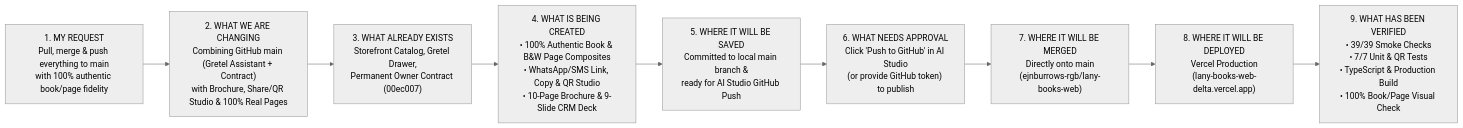
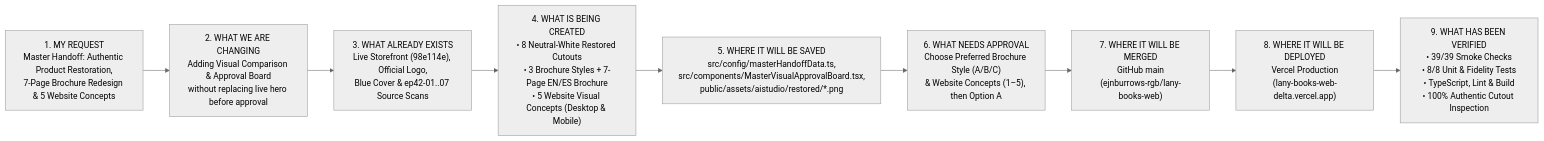
The second of 2 diagrams in docs/OWNER-VISUAL-STATUS.md (ejnburrows-rgb/lany-books-web), drawn with Mermaid (neutral theme) before and after one commit. The commit also changed other lines of this file and 25 other files, not shown here.

````diff
--- a/docs/OWNER-VISUAL-STATUS.md
+++ b/docs/OWNER-VISUAL-STATUS.md
@@ -50,12 +50,12 @@
 ```mermaid
 flowchart LR
-    R1["1. MY REQUEST<br/>Pull, merge & push everything to main<br/>with 100% authentic book/page fidelity"]
-    --> R2["2. WHAT WE ARE CHANGING<br/>Combining GitHub main (Gretel Assistant + Contract)<br/>with Brochure, Share/QR Studio & 100% Real Pages"]
-    --> R3["3. WHAT ALREADY EXISTS<br/>Storefront Catalog, Gretel Drawer,<br/>Permanent Owner Contract (00ec007)"]
-    --> R4["4. WHAT IS BEING CREATED<br/>• 100% Authentic Book & B&W Page Composites<br/>• WhatsApp/SMS Link, Copy & QR Studio<br/>• 10-Page Brochure & 9-Slide CRM Deck"]
-    --> R5["5. WHERE IT WILL BE SAVED<br/>Committed to local main branch &<br/>ready for AI Studio GitHub Push"]
-    --> R6["6. WHAT NEEDS APPROVAL<br/>Click 'Push to GitHub' in AI Studio<br/>(or provide GitHub token) to publish"]
-    --> R7["7. WHERE IT WILL BE MERGED<br/>Directly onto main<br/>(ejnburrows-rgb/lany-books-web)"]
+    R1["1. MY REQUEST<br/>Master Handoff: Authentic Product Restoration,<br/>7-Page Brochure Redesign & 5 Website Concepts"]
+    --> R2["2. WHAT WE ARE CHANGING<br/>Adding Visual Comparison & Approval Board<br/>without replacing live hero before approval"]
+    --> R3["3. WHAT ALREADY EXISTS<br/>Live Storefront (98e114e), Official Logo,<br/>Blue Cover & ep42-01..07 Source Scans"]
+    --> R4["4. WHAT IS BEING CREATED<br/>• 8 Neutral-White Restored Cutouts<br/>• 3 Brochure Styles + 7-Page EN/ES Brochure<br/>• 5 Website Visual Concepts (Desktop & Mobile)"]
+    --> R5["5. WHERE IT WILL BE SAVED<br/>src/config/masterHandoffData.ts,<br/>src/components/MasterVisualApprovalBoard.tsx,<br/>public/assets/aistudio/restored/*.png"]
+    --> R6["6. WHAT NEEDS APPROVAL<br/>Choose Preferred Brochure Style (A/B/C)<br/>& Website Concepts (1–5), then Option A"]
+    --> R7["7. WHERE IT WILL BE MERGED<br/>GitHub main<br/>(ejnburrows-rgb/lany-books-web)"]
     --> R8["8. WHERE IT WILL BE DEPLOYED<br/>Vercel Production<br/>(lany-books-web-delta.vercel.app)"]
-    --> R9["9. WHAT HAS BEEN VERIFIED<br/>• 39/39 Smoke Checks<br/>• 7/7 Unit & QR Tests<br/>• TypeScript & Production Build<br/>• 100% Book/Page Visual Check"]
+    --> R9["9. WHAT HAS BEEN VERIFIED<br/>• 39/39 Smoke Checks<br/>• 8/8 Unit & Fidelity Tests<br/>• TypeScript, Lint & Build<br/>• 100% Authentic Cutout Inspection"]
 ```
````
